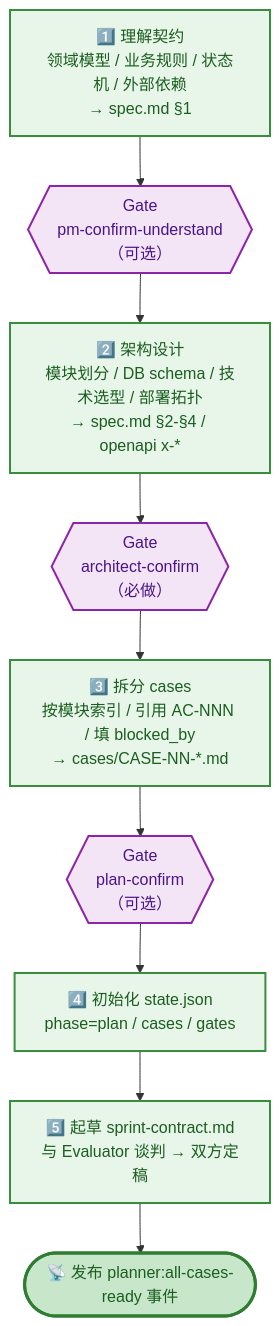
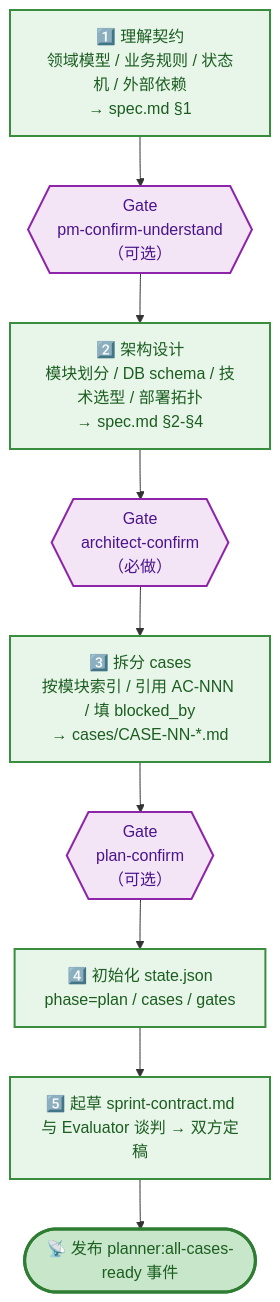
The ninth of 16 diagrams in README.md (dd-xiaozhi/dev-agent-flow), drawn with Mermaid before and after one commit. The commit also changed other lines of this file and 36 other files, not shown here.

First line of the commit message:
refactor(flow): 移除 contract-path-guard hook，改由 doc-librarian.md 声明产物位置

````diff
--- a/README.md
+++ b/README.md
@@ -331,19 +327,19 @@
 ```mermaid
 flowchart TD
     S1["1️⃣ 理解契约<br/>领域模型 / 业务规则 / 状态机 / 外部依赖<br/>→ spec.md §1"] --> G1{{"Gate<br/>pm-confirm-understand<br/>（可选）"}}
-    G1 --> S2["2️⃣ 架构设计<br/>模块划分 / DB schema / 技术选型 / 部署拓扑<br/>→ spec.md §2-§4 / openapi x-*"]
+    G1 --> S2["2️⃣ 架构设计<br/>模块划分 / DB schema / 技术选型 / 部署拓扑<br/>→ spec.md §2-§4"]
     S2 --> G2{{"Gate<br/>architect-confirm<br/>（必做）"}}
     G2 --> S3["3️⃣ 拆分 cases<br/>按模块索引 / 引用 AC-NNN / 填 blocked_by<br/>→ cases/CASE-NN-*.md"]
     S3 --> G3{{"Gate<br/>plan-confirm<br/>（可选）"}}
     G3 --> S4["4️⃣ 初始化 state.json<br/>phase=plan / cases / gates"]
     S4 --> S5["5️⃣ 起草 sprint-contract.md<br/>与 Evaluator 谈判 → 双方定稿"]
     S5 --> EV([📡 发布 planner:all-cases-ready 事件])
 
     classDef step fill:#e8f5e9,stroke:#388e3c,stroke-width:2px,color:#1b5e20
     classDef gate fill:#f3e5f5,stroke:#8e24aa,stroke-width:2px,color:#4a148c
     classDef event fill:#c8e6c9,stroke:#2e7d32,stroke-width:3px,color:#1b5e20
 
     class S1,S2,S3,S4,S5 step
     class G1,G2,G3 gate
     class EV event
 ```
````
